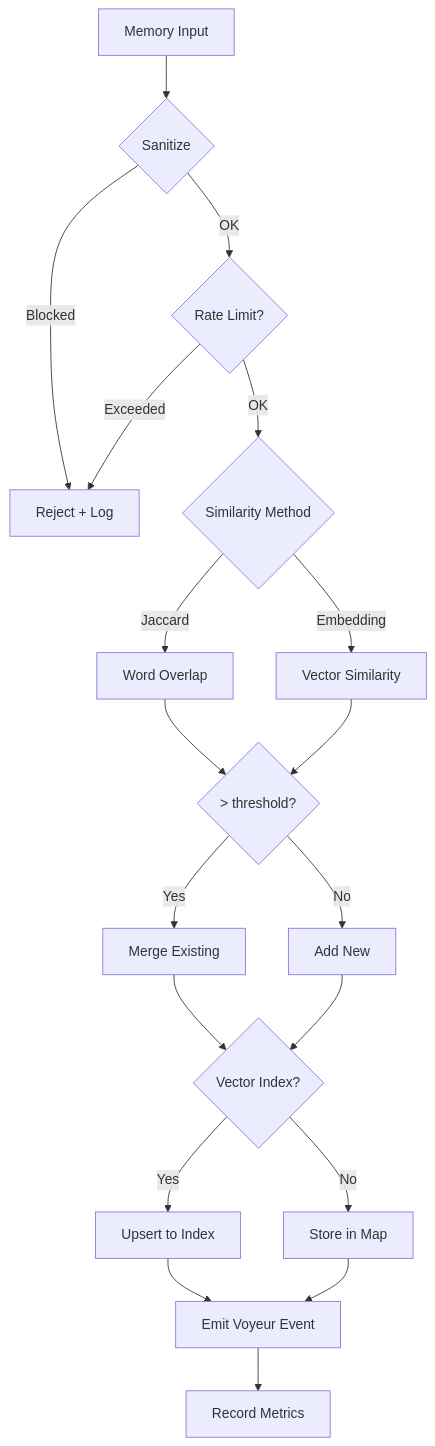
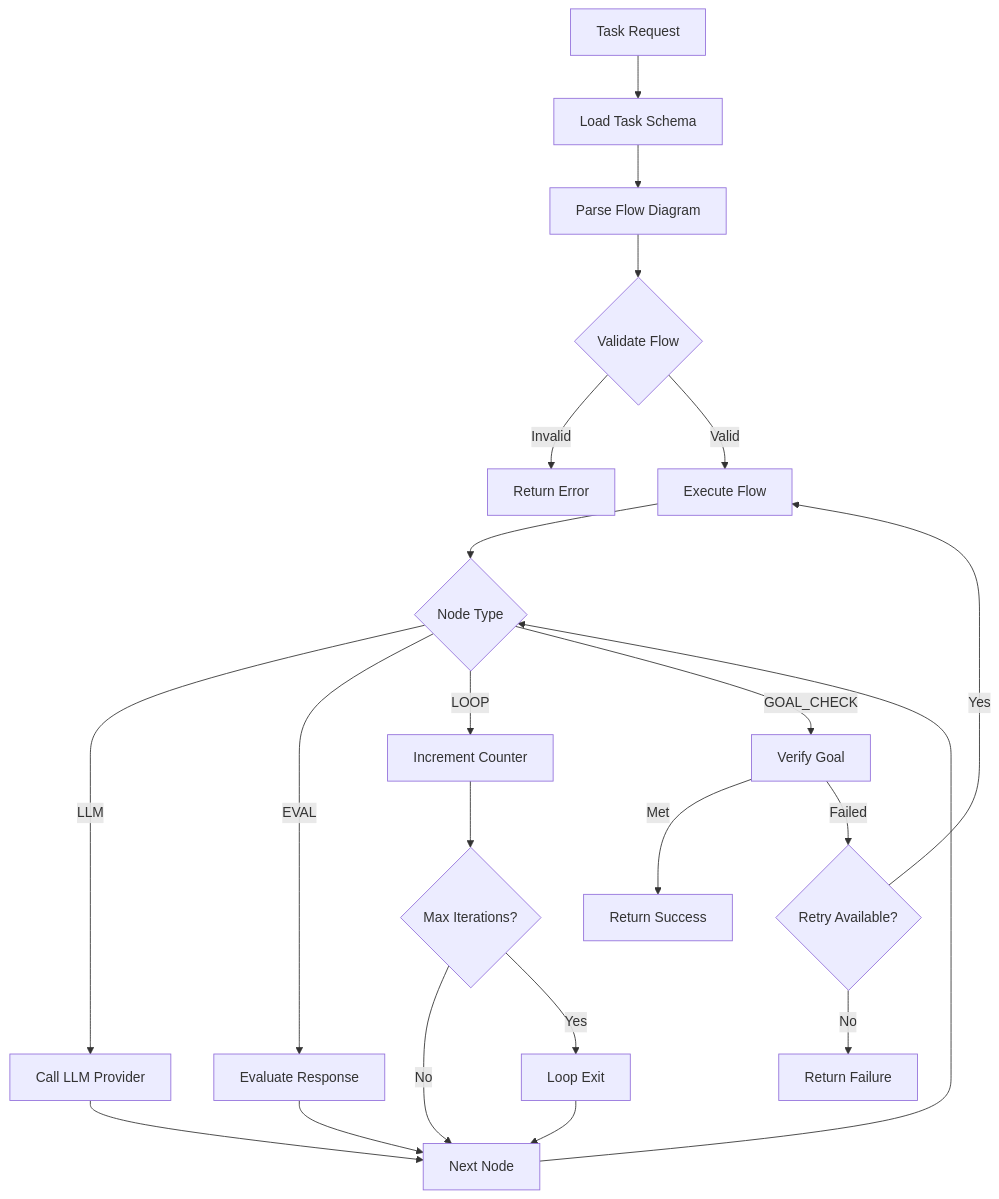
One commit to Replicant-Partners/Chrysalis changed the fifth of 7 diagrams in ARCHITECTURE.md. Above: the diagram before and after it, drawn with Mermaid. The commit also changed other lines of this file and 43 other files, not shown here.

````diff
--- a/ARCHITECTURE.md
+++ b/ARCHITECTURE.md
@@ -254,27 +267,28 @@
 ```mermaid
 flowchart TD
-    Input[Memory Input] --> Sanitize{Sanitize}
-    Sanitize -->|Blocked| Reject[Reject + Log]
-    Sanitize -->|OK| RateCheck{Rate Limit?}
-    RateCheck -->|Exceeded| Reject
-    RateCheck -->|OK| Method{Similarity Method}
+    Start[Task Request] --> Load[Load Task Schema]
+    Load --> Parse[Parse Flow Diagram]
+    Parse --> Validate{Validate Flow}
+    Validate -->|Invalid| Error[Return Error]
+    Validate -->|Valid| Execute[Execute Flow]
 
-    Method -->|Jaccard| Jaccard[Word Overlap]
-    Method -->|Embedding| Embed[Vector Similarity]
+    Execute --> Node{Node Type}
+    Node -->|LLM| CallLLM[Call LLM Provider]
+    Node -->|EVAL| Evaluate[Evaluate Response]
+    Node -->|LOOP| Loop[Increment Counter]
+    Node -->|GOAL_CHECK| GoalCheck[Verify Goal]
 
-    Jaccard --> Threshold{> threshold?}
-    Embed --> Threshold
+    CallLLM --> Next[Next Node]
+    Evaluate --> Next
+    Loop --> LoopCheck{Max Iterations?}
+    LoopCheck -->|No| Next
+    LoopCheck -->|Yes| Exit[Loop Exit]
 
-    Threshold -->|Yes| Merge[Merge Existing]
-    Threshold -->|No| Add[Add New]
+    GoalCheck -->|Met| Complete[Return Success]
+    GoalCheck -->|Failed| Retry{Retry Available?}
+    Retry -->|Yes| Execute
+    Retry -->|No| FailResult[Return Failure]
 
-    Merge --> Index{Vector Index?}
-    Add --> Index
-
-    Index -->|Yes| Upsert[Upsert to Index]
-    Index -->|No| Store[Store in Map]
-
-    Upsert --> Voyeur[Emit Voyeur Event]
-    Store --> Voyeur
-    Voyeur --> Metrics[Record Metrics]
+    Exit --> Next
+    Next --> Node
 ```
````
